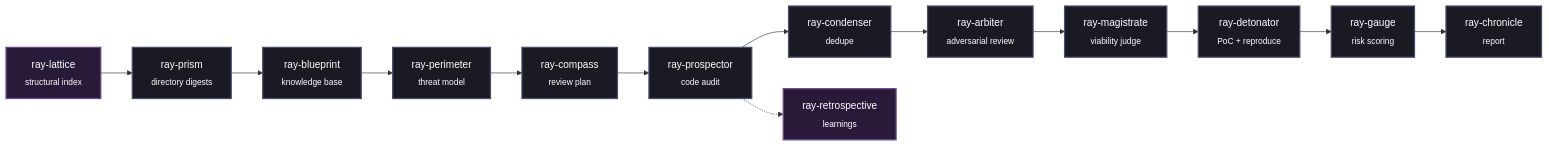
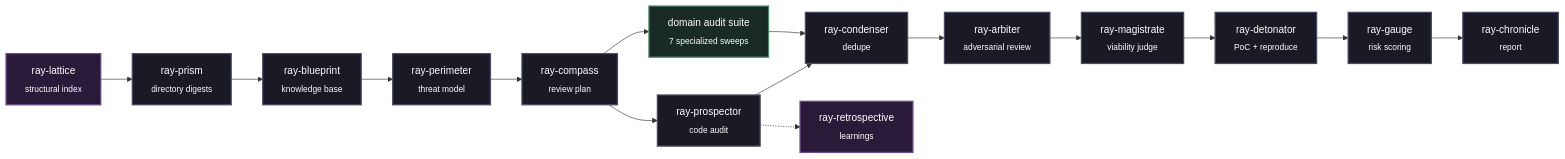
Before and after one commit to GameDev531/ray-framework: the diagram in README.md, drawn with Mermaid. The commit also changed other lines of this file and 15 other files, not shown here.

````diff
--- a/README.md
+++ b/README.md
@@ -43,20 +43,24 @@
 ```mermaid
 graph LR
     A[ray-lattice<br/><sub>structural index</sub>] --> B[ray-prism<br/><sub>directory digests</sub>]
     B --> C[ray-blueprint<br/><sub>knowledge base</sub>]
     C --> D[ray-perimeter<br/><sub>threat model</sub>]
     D --> E[ray-compass<br/><sub>review plan</sub>]
     E --> F[ray-prospector<br/><sub>code audit</sub>]
+    E --> N[domain audit suite<br/><sub>7 specialized sweeps</sub>]
     F --> G[ray-condenser<br/><sub>dedupe</sub>]
+    N --> G
     G --> H[ray-arbiter<br/><sub>adversarial review</sub>]
     H --> I[ray-magistrate<br/><sub>viability judge</sub>]
     I --> J[ray-detonator<br/><sub>PoC + reproduce</sub>]
     J --> K[ray-gauge<br/><sub>risk scoring</sub>]
     K --> L[ray-chronicle<br/><sub>report</sub>]
     F -.-> M[ray-retrospective<br/><sub>learnings</sub>]
     
     classDef default fill:#1a1a24,stroke:#4a4a6a,stroke-width:2px,color:#fff;
     classDef meta fill:#2a1a3a,stroke:#6a4a8a,stroke-width:2px,color:#fff;
+    classDef domain fill:#1a2a24,stroke:#4a8a6a,stroke-width:2px,color:#fff;
     class M meta;
     class A meta;
+    class N domain;
 ```
````
